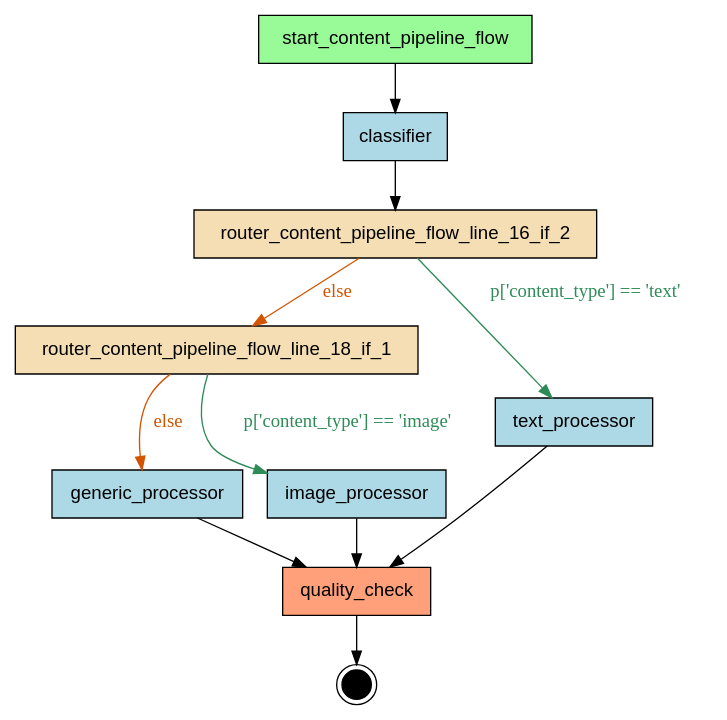
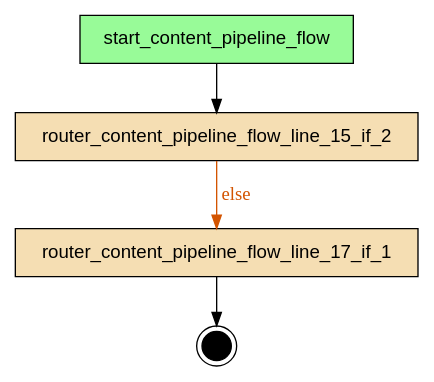
The diagram in examples/flows/compiled/async_conditional/flow.dot (deliveryhero/asya), drawn with Graphviz before and after one commit. The commit also changed 1203 other files, not shown here.

```diff
--- a/examples/flows/compiled/async_conditional/flow.dot
+++ b/examples/flows/compiled/async_conditional/flow.dot
@@ -1,28 +1,16 @@
 digraph "content_pipeline_flow" {
     rankdir=TB;
     node [shape=box, style=filled, fontname="Helvetica"];
 
     { rank=source; start_content_pipeline_flow; }
 
-    classifier [label="classifier", fillcolor=lightblue];
-    generic_processor [label="generic_processor", fillcolor=lightblue];
-    image_processor [label="image_processor", fillcolor=lightblue];
-    quality_check [label="quality_check", fillcolor=lightsalmon];
-    router_content_pipeline_flow_line_16_if_2 [label="router_content_pipeline_flow_line_16_if_2", fillcolor=wheat];
-    router_content_pipeline_flow_line_18_if_1 [label="router_content_pipeline_flow_line_18_if_1", fillcolor=wheat];
+    router_content_pipeline_flow_line_15_if_2 [label="router_content_pipeline_flow_line_15_if_2", fillcolor=wheat];
+    router_content_pipeline_flow_line_17_if_1 [label="router_content_pipeline_flow_line_17_if_1", fillcolor=wheat];
     start_content_pipeline_flow [label="start_content_pipeline_flow", fillcolor=palegreen];
-    text_processor [label="text_processor", fillcolor=lightblue];
 
     __end__ [label="", shape=doublecircle, fillcolor=black, width=0.3, fixedsize=true];
 
-    start_content_pipeline_flow -> classifier;
-    classifier -> router_content_pipeline_flow_line_16_if_2;
-    router_content_pipeline_flow_line_18_if_1 -> image_processor [label="p['content_type'] == 'image'", color="#2E8B57", fontcolor="#2E8B57"];
-    router_content_pipeline_flow_line_18_if_1 -> generic_processor [label="else", color="#D35400", fontcolor="#D35400"];
-    router_content_pipeline_flow_line_16_if_2 -> text_processor [label="p['content_type'] == 'text'", color="#2E8B57", fontcolor="#2E8B57"];
-    text_processor -> quality_check;
-    router_content_pipeline_flow_line_16_if_2 -> router_content_pipeline_flow_line_18_if_1 [label="else", color="#D35400", fontcolor="#D35400"];
-    image_processor -> quality_check;
-    generic_processor -> quality_check;
-    quality_check -> __end__;
+    start_content_pipeline_flow -> router_content_pipeline_flow_line_15_if_2;
+    router_content_pipeline_flow_line_15_if_2 -> router_content_pipeline_flow_line_17_if_1 [label="else", color="#D35400", fontcolor="#D35400"];
+    router_content_pipeline_flow_line_17_if_1 -> __end__;
 }
```
